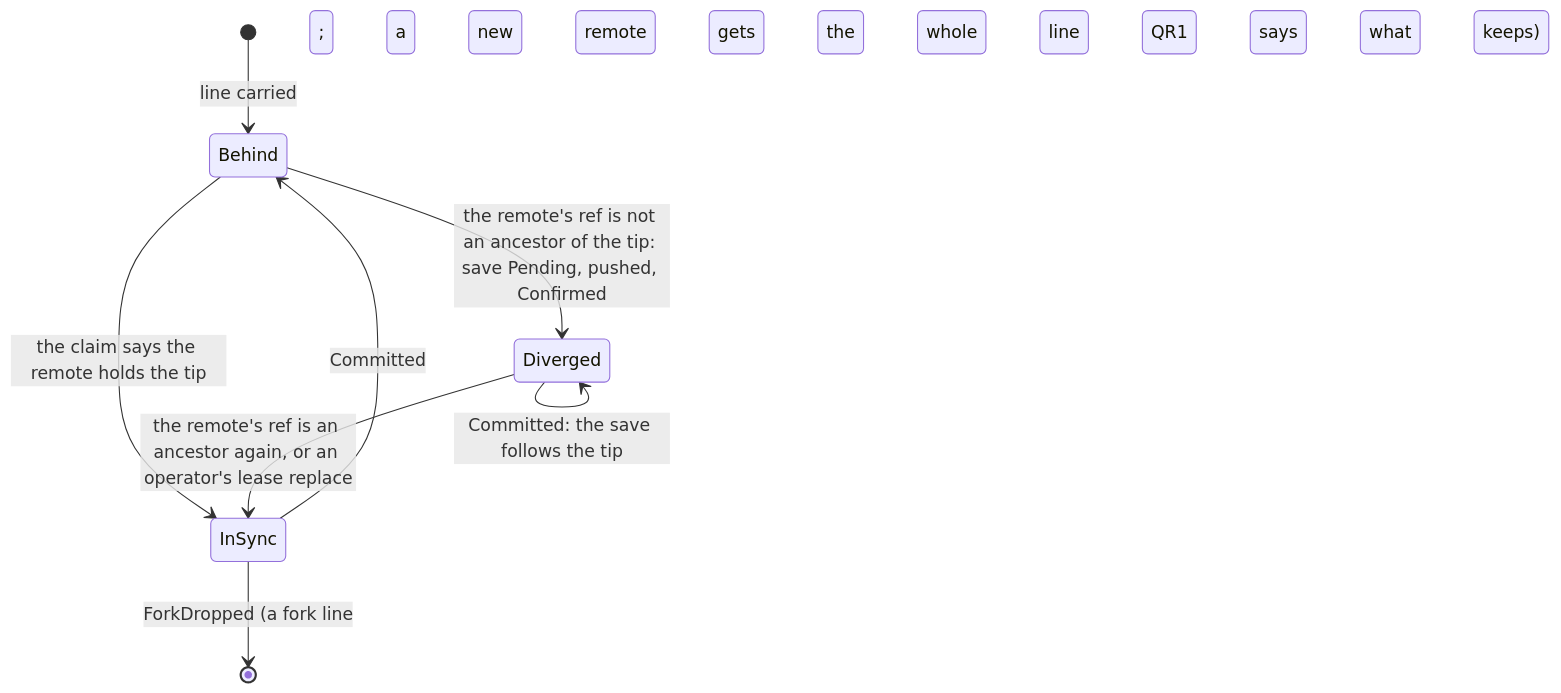
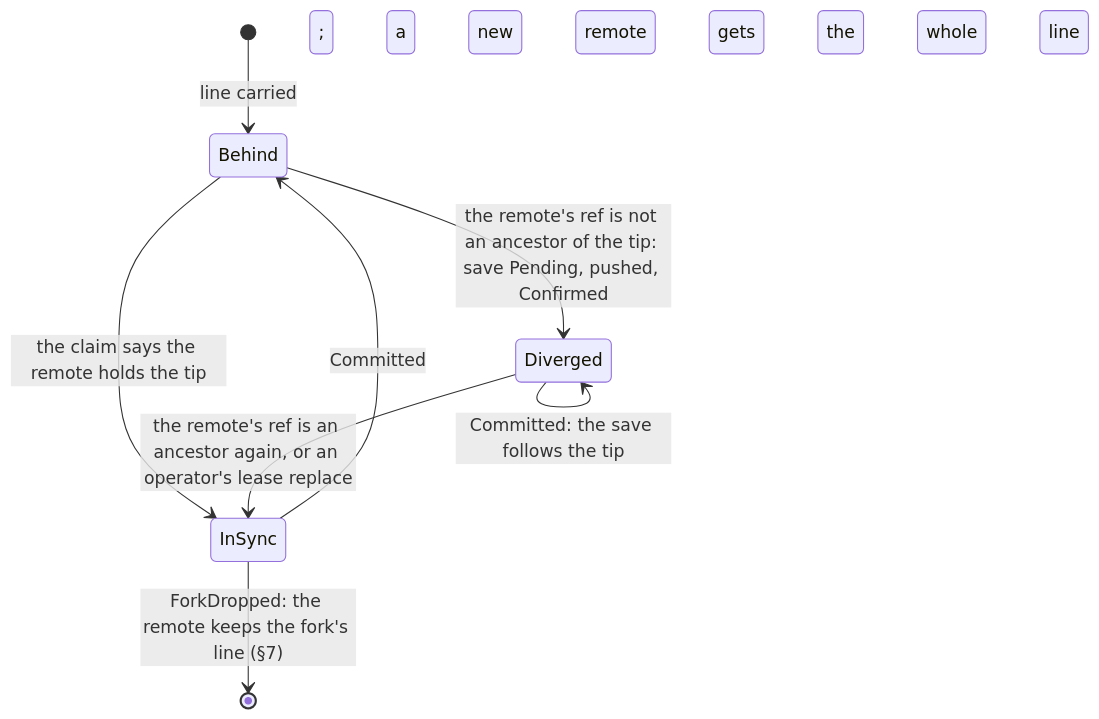
Before and after one commit to mcurcio/agentfs: the third of 5 diagrams in docs/target-architecture/domains/replication.md, drawn with Mermaid. The commit also changed other lines of this file and 12 other files, not shown here.

````diff
--- a/docs/target-architecture/domains/replication.md
+++ b/docs/target-architecture/domains/replication.md
@@ -68,10 +69,10 @@
 ```mermaid
 stateDiagram-v2
   [*] --> Behind: line carried; a new remote gets the whole line
   Behind --> InSync: the claim says the remote holds the tip
   InSync --> Behind: Committed
   Behind --> Diverged: the remote's ref is not an ancestor of the tip: save Pending, pushed, Confirmed
   Diverged --> Diverged: Committed: the save follows the tip
   Diverged --> InSync: the remote's ref is an ancestor again, or an operator's lease replace
-  InSync --> [*]: ForkDropped (a fork line; QR1 says what the remote keeps)
+  InSync --> [*]: ForkDropped: the remote keeps the fork's line (§7)
 ```
````
